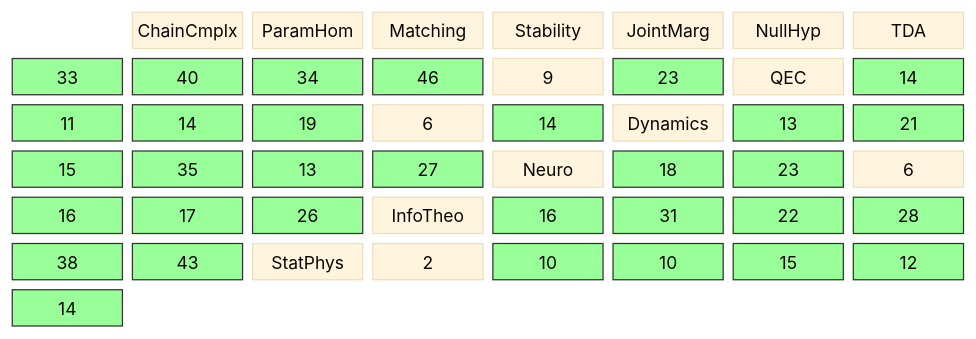
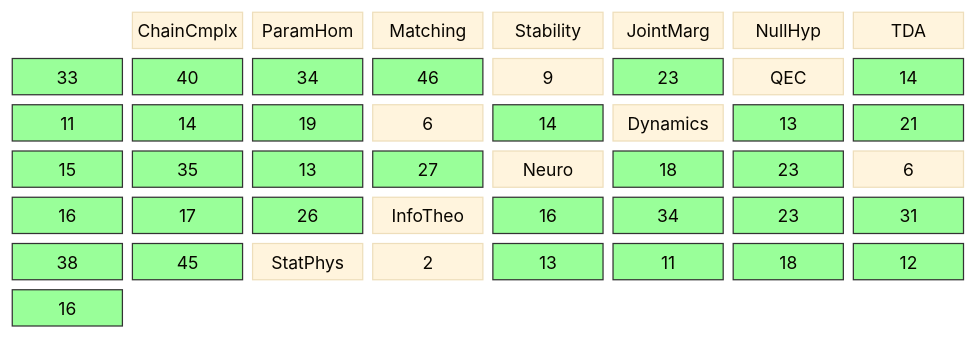
Before and after one commit to musicofhel/topoyolo: the diagram in diagrams/coverage-matrix.md, drawn with Mermaid. The commit also changed other lines of this file and 10 other files, not shown here.

````diff
--- a/diagrams/coverage-matrix.md
+++ b/diagrams/coverage-matrix.md
@@ -22,46 +22,46 @@
 ```mermaid
 %%{init: {'theme': 'base', 'themeVariables': {'fontSize': '14px'}}}%%
 block-beta
   columns 8
 
   space:1 CC["ChainCmplx"] PH["ParamHom"] MA["Matching"] ST["Stability"] JM["JointMarg"] NH["NullHyp"]
 
   TDA["TDA"] TDA_CC["33"] TDA_PH["40"] TDA_MA["34"] TDA_ST["46"] TDA_JM["9"] TDA_NH["23"]
   QEC["QEC"] QEC_CC["14"] QEC_PH["11"] QEC_MA["14"] QEC_ST["19"] QEC_JM["6"] QEC_NH["14"]
   DYN["Dynamics"] DYN_CC["13"] DYN_PH["21"] DYN_MA["15"] DYN_ST["35"] DYN_JM["13"] DYN_NH["27"]
   NEU["Neuro"] NEU_CC["18"] NEU_PH["23"] NEU_MA["6"] NEU_ST["16"] NEU_JM["17"] NEU_NH["26"]
-  IT["InfoTheo"] IT_CC["16"] IT_PH["31"] IT_MA["22"] IT_ST["28"] IT_JM["38"] IT_NH["43"]
-  SP["StatPhys"] SP_CC["2"] SP_PH["10"] SP_MA["10"] SP_ST["15"] SP_JM["12"] SP_NH["14"]
+  IT["InfoTheo"] IT_CC["16"] IT_PH["34"] IT_MA["23"] IT_ST["31"] IT_JM["38"] IT_NH["45"]
+  SP["StatPhys"] SP_CC["2"] SP_PH["13"] SP_MA["11"] SP_ST["18"] SP_JM["12"] SP_NH["16"]
   style TDA_CC fill:#9f9,stroke:#333
   style TDA_PH fill:#9f9,stroke:#333
   style TDA_MA fill:#9f9,stroke:#333
   style TDA_ST fill:#9f9,stroke:#333
   style TDA_NH fill:#9f9,stroke:#333
   style QEC_CC fill:#9f9,stroke:#333
   style QEC_PH fill:#9f9,stroke:#333
   style QEC_MA fill:#9f9,stroke:#333
   style QEC_ST fill:#9f9,stroke:#333
   style QEC_NH fill:#9f9,stroke:#333
   style DYN_CC fill:#9f9,stroke:#333
   style DYN_PH fill:#9f9,stroke:#333
   style DYN_MA fill:#9f9,stroke:#333
   style DYN_ST fill:#9f9,stroke:#333
   style DYN_JM fill:#9f9,stroke:#333
   style DYN_NH fill:#9f9,stroke:#333
   style NEU_CC fill:#9f9,stroke:#333
   style NEU_PH fill:#9f9,stroke:#333
   style NEU_ST fill:#9f9,stroke:#333
   style NEU_JM fill:#9f9,stroke:#333
   style NEU_NH fill:#9f9,stroke:#333
   style IT_CC fill:#9f9,stroke:#333
   style IT_PH fill:#9f9,stroke:#333
   style IT_MA fill:#9f9,stroke:#333
   style IT_ST fill:#9f9,stroke:#333
   style IT_JM fill:#9f9,stroke:#333
   style IT_NH fill:#9f9,stroke:#333
   style SP_PH fill:#9f9,stroke:#333
   style SP_MA fill:#9f9,stroke:#333
   style SP_ST fill:#9f9,stroke:#333
   style SP_JM fill:#9f9,stroke:#333
   style SP_NH fill:#9f9,stroke:#333
 ```
````
